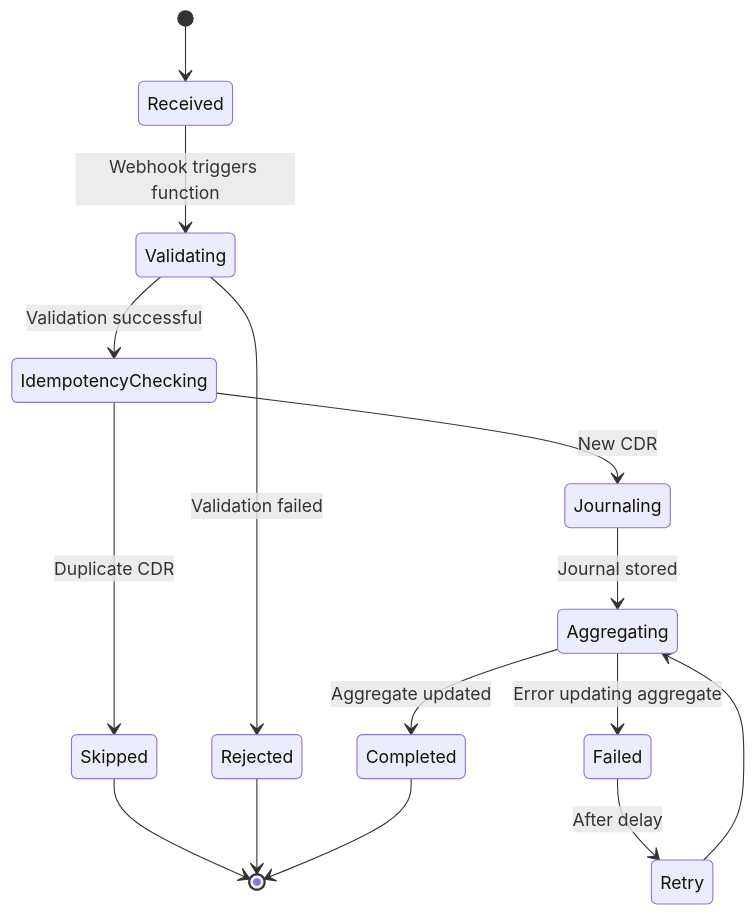
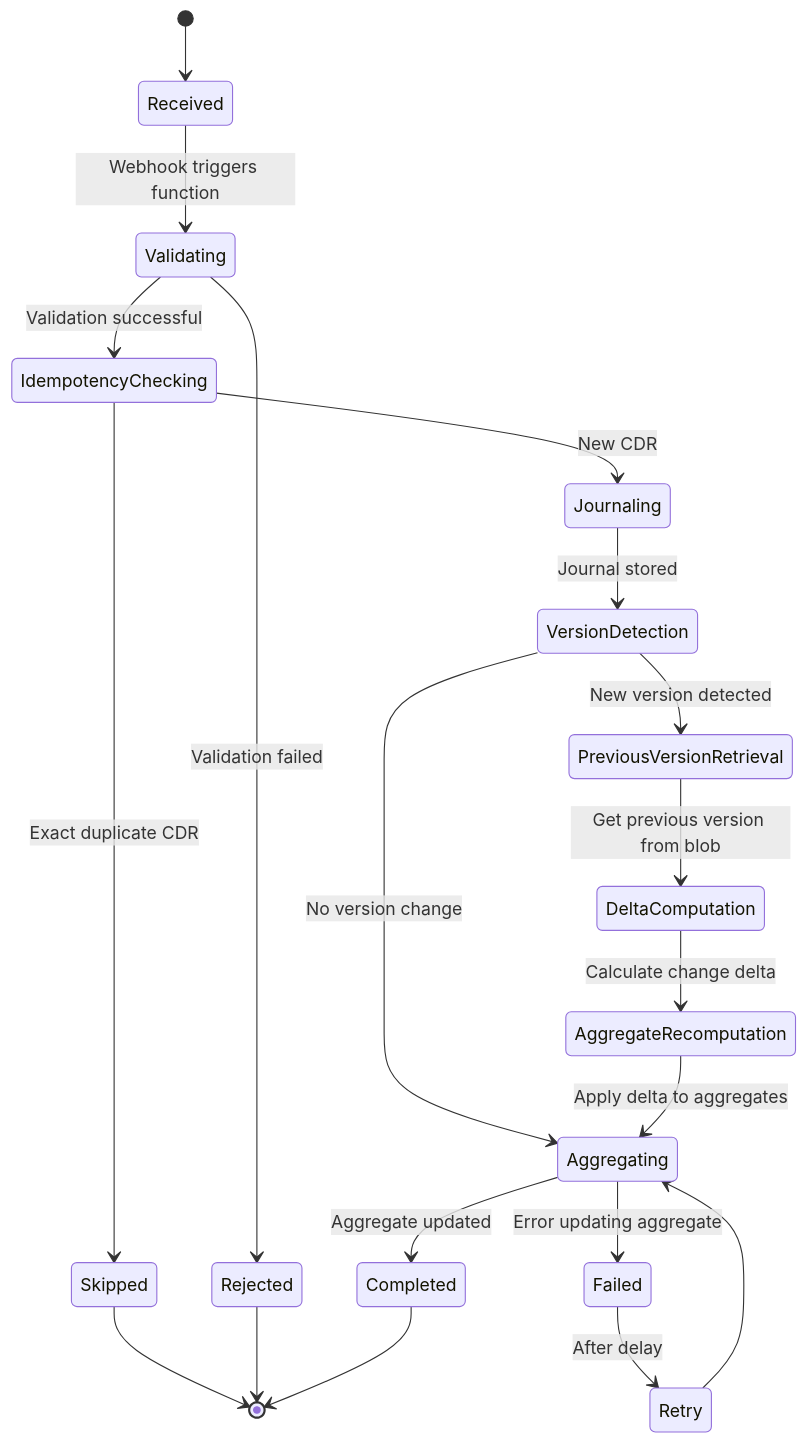
One commit to sjefvanleeuwen/architecture changed the first of 6 diagrams in cdr-aggregation.md. Above: the diagram before and after it, drawn with Mermaid. The commit also changed other lines of this file and 12 other files, not shown here.

````diff
--- a/cdr-aggregation.md
+++ b/cdr-aggregation.md
@@ -114,17 +114,26 @@
 ```mermaid
 stateDiagram-v2
     [*] --> Received
     Received --> Validating: Webhook triggers function
     Validating --> IdempotencyChecking: Validation successful
     Validating --> Rejected: Validation failed
+    
     IdempotencyChecking --> Journaling: New CDR
-    IdempotencyChecking --> Skipped: Duplicate CDR
-    Journaling --> Aggregating: Journal stored
+    IdempotencyChecking --> Skipped: Exact duplicate CDR
+    
+    Journaling --> VersionDetection: Journal stored
+    VersionDetection --> Aggregating: No version change
+    VersionDetection --> PreviousVersionRetrieval: New version detected
+    
+    PreviousVersionRetrieval --> DeltaComputation: Get previous version from blob
+    DeltaComputation --> AggregateRecomputation: Calculate change delta
+    AggregateRecomputation --> Aggregating: Apply delta to aggregates
+    
     Aggregating --> Completed: Aggregate updated
     Aggregating --> Failed: Error updating aggregate
     Failed --> Retry: After delay
     Retry --> Aggregating
     Skipped --> [*]
     Rejected --> [*]
     Completed --> [*]
 ```
````
